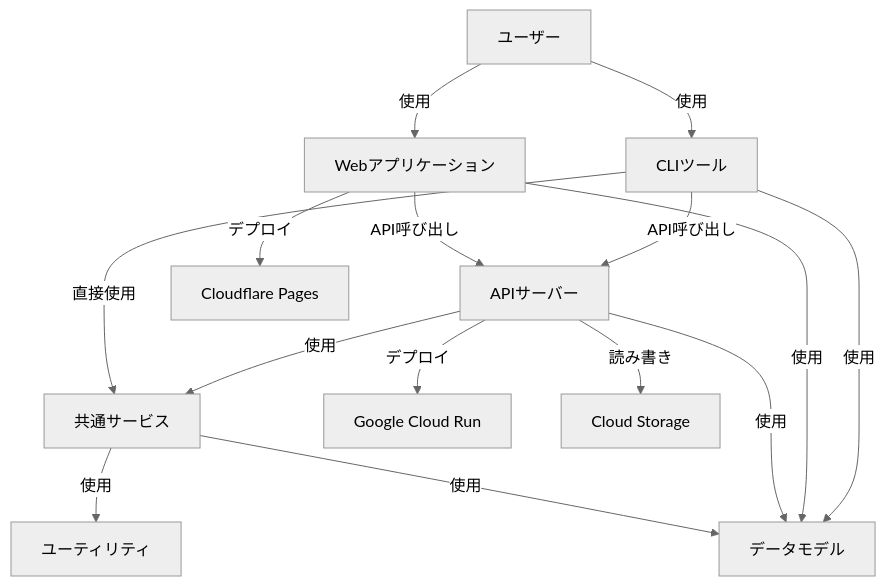
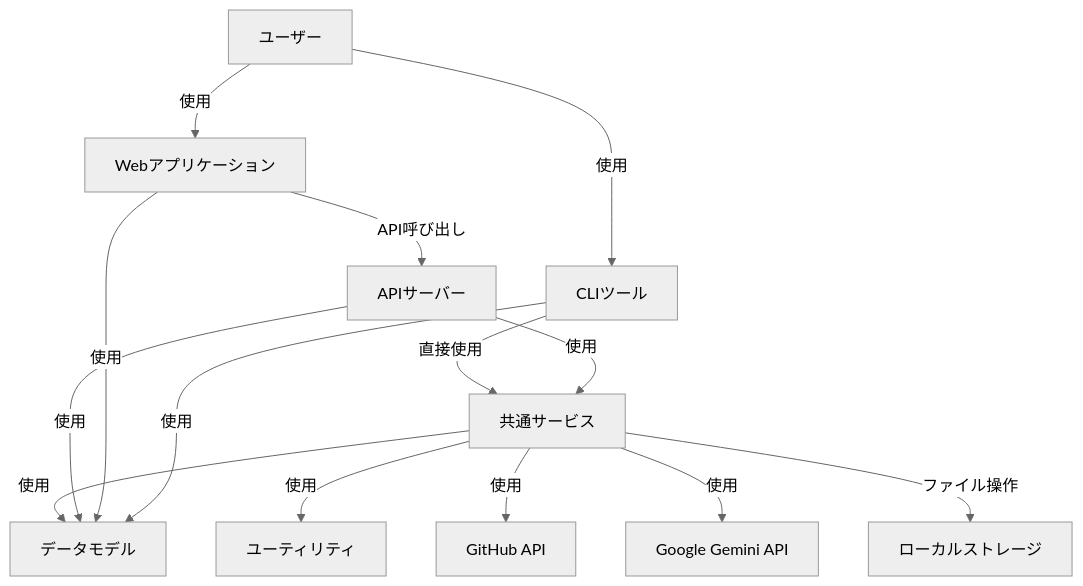
The first of 3 diagrams in docs/architecture/overview.md (ToyB0x/git-resume), drawn with Mermaid (neutral theme) before and after one commit. The commit also changed other lines of this file and 6 other files, not shown here.

````diff
--- a/docs/architecture/overview.md
+++ b/docs/architecture/overview.md
@@ -33,17 +33,16 @@
 ```mermaid
 graph TD
     User[ユーザー] -->|使用| Web[Webアプリケーション]
     User -->|使用| CLI[CLIツール]
     Web -->|API呼び出し| API[APIサーバー]
-    CLI -->|API呼び出し| API
     CLI -->|直接使用| Services[共通サービス]
     API -->|使用| Services
     Services -->|使用| Models[データモデル]
     Services -->|使用| Utils[ユーティリティ]
     API -->|使用| Models
     Web -->|使用| Models
     CLI -->|使用| Models
-    API -->|デプロイ| CloudRun[Google Cloud Run]
-    Web -->|デプロイ| CloudflarePages[Cloudflare Pages]
-    API -->|読み書き| Storage[Cloud Storage]
+    Services -->|使用| GithubAPI[GitHub API]
+    Services -->|使用| GeminiAPI[Google Gemini API]
+    Services -->|ファイル操作| LocalStorage[ローカルストレージ]
 ```
````
